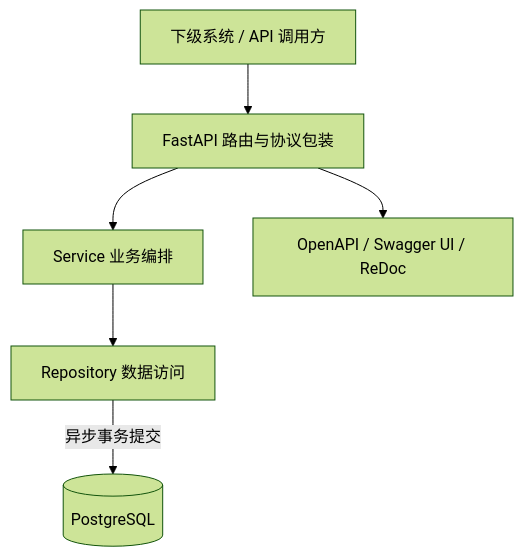
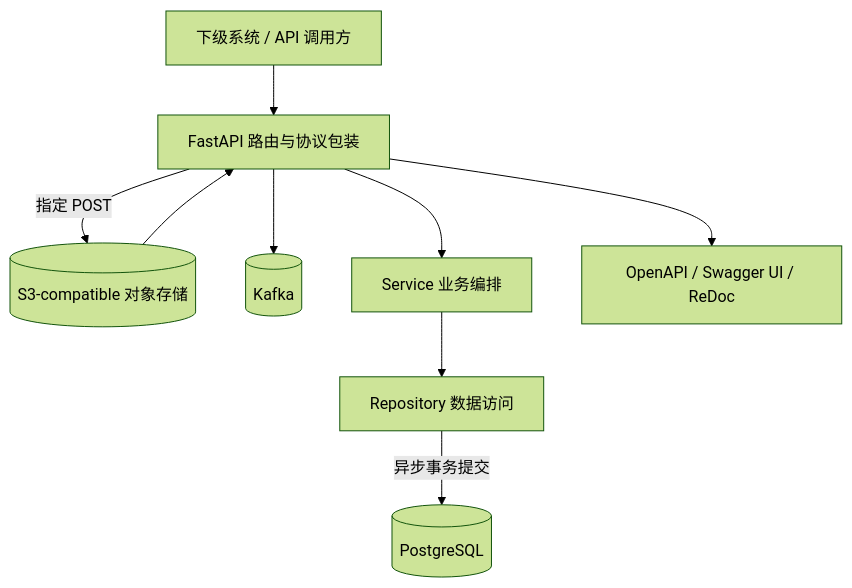
The second of 2 diagrams in README.md (quaner-dev/dossier-aggr), drawn with Mermaid (forest theme) before and after one commit. The commit also changed other lines of this file and 52 other files, not shown here.

Commit message:
feat: add kafka and object storage ingestion

````diff
--- a/README.md
+++ b/README.md
@@ -58,15 +60,20 @@
 ```mermaid
 flowchart TB
     CLIENT[下级系统 / API 调用方]
     API[FastAPI 路由与协议包装]
+    STORAGE[(S3-compatible 对象存储)]
+    KAFKA[(Kafka)]
     SERVICE[Service 业务编排]
     REPO[Repository 数据访问]
     POSTGRES[(PostgreSQL)]
     OPENAPI[OpenAPI / Swagger UI / ReDoc]
 
     CLIENT --> API
+    API -->|指定 POST| STORAGE
+    STORAGE --> API
+    API --> KAFKA
     API --> SERVICE
     SERVICE --> REPO
     REPO -->|异步事务提交| POSTGRES
     API --> OPENAPI
 ```
````
